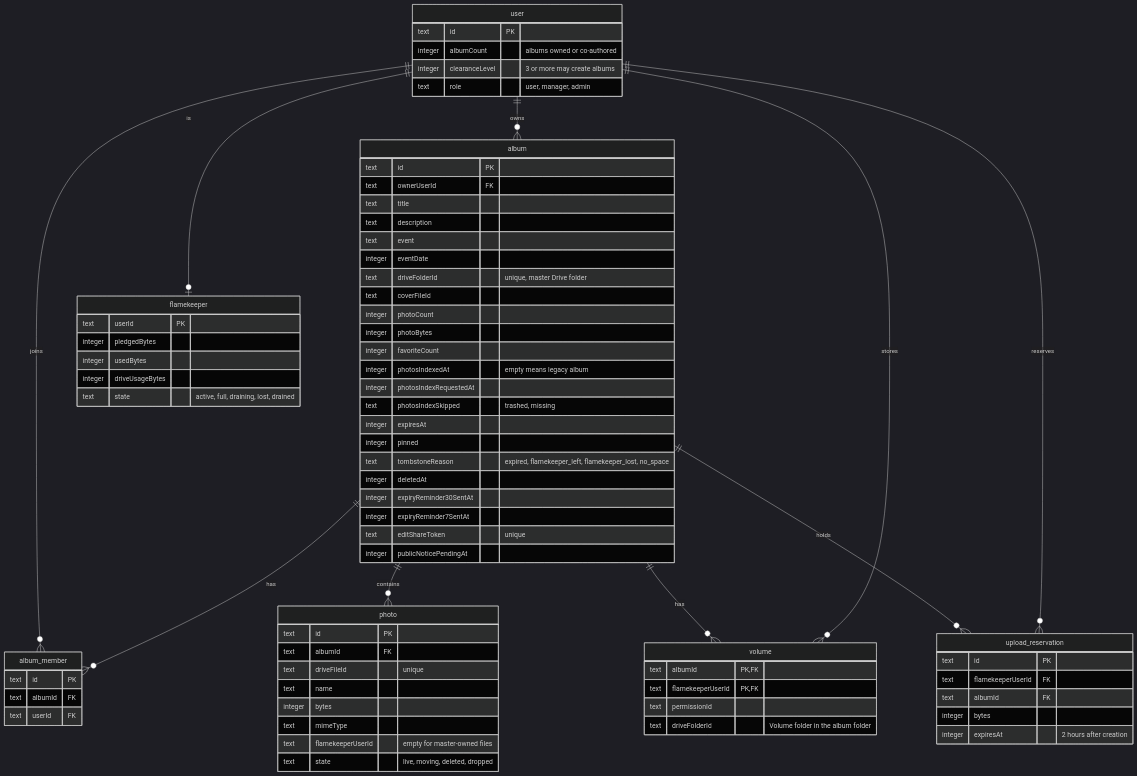
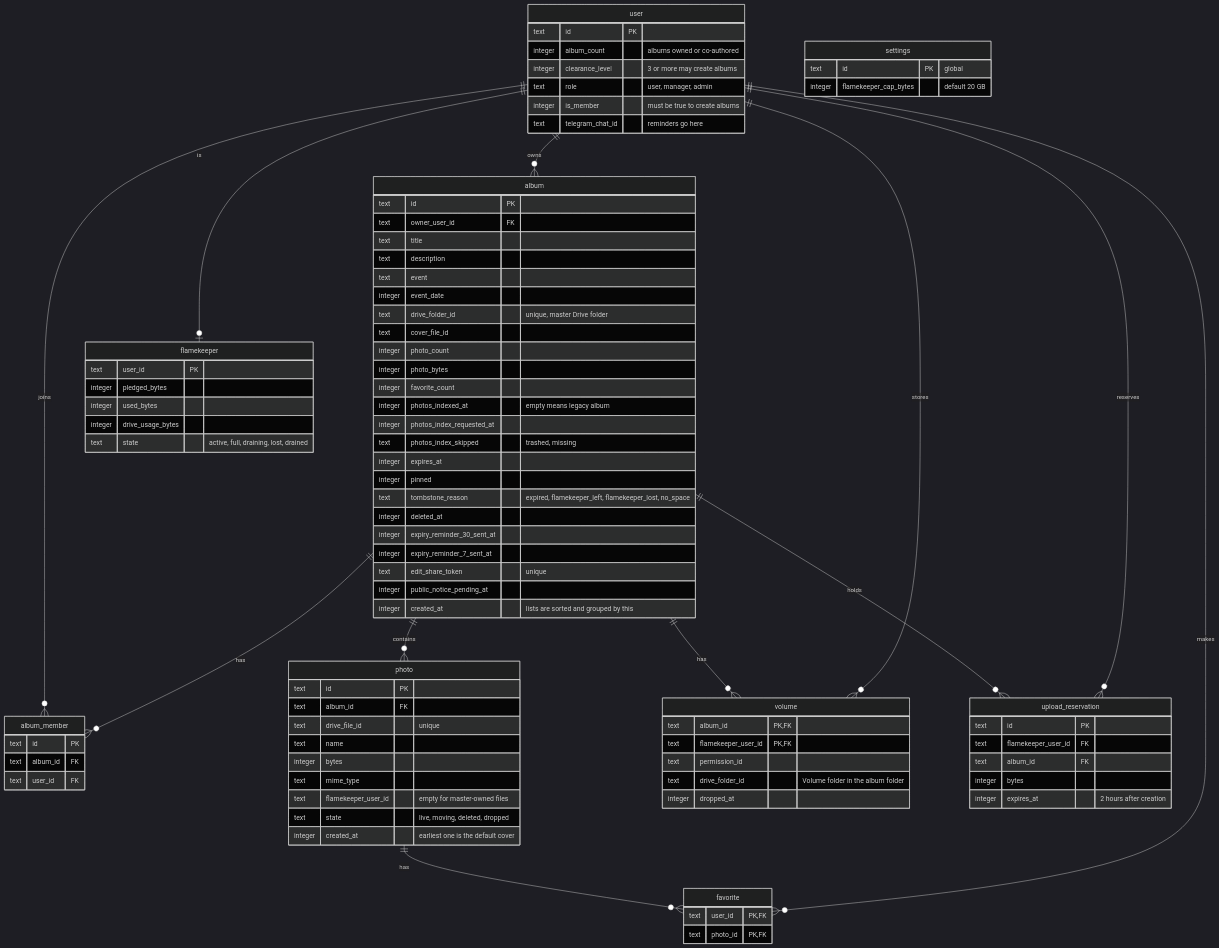
One commit to sagyzdop/meriksirat changed the diagram in docs/scenarios/albums/erd.md. Above: the diagram before and after it, drawn with Mermaid (dark theme). The commit also changed other lines of this file and 17 other files, not shown here.

Commit message:
docs(scenarios): verify albums diagrams against the code

````diff
--- a/docs/scenarios/albums/erd.md
+++ b/docs/scenarios/albums/erd.md
@@ -21,72 +23,87 @@
     album ||--o{ photo : contains
     album ||--o{ volume : has
     album ||--o{ upload_reservation : holds
+    photo ||--o{ favorite : has
+    user ||--o{ favorite : makes
     user ||--o{ volume : stores
     user ||--o{ upload_reservation : reserves
     user ||--o| flamekeeper : is
     user {
         text id PK
-        integer albumCount "albums owned or co-authored"
-        integer clearanceLevel "3 or more may create albums"
+        integer album_count "albums owned or co-authored"
+        integer clearance_level "3 or more may create albums"
         text role "user, manager, admin"
+        integer is_member "must be true to create albums"
+        text telegram_chat_id "reminders go here"
     }
     album {
         text id PK
-        text ownerUserId FK
+        text owner_user_id FK
         text title
         text description
         text event
-        integer eventDate
-        text driveFolderId "unique, master Drive folder"
-        text coverFileId
-        integer photoCount
-        integer photoBytes
-        integer favoriteCount
-        integer photosIndexedAt "empty means legacy album"
-        integer photosIndexRequestedAt
-        text photosIndexSkipped "trashed, missing"
-        integer expiresAt
+        integer event_date
+        text drive_folder_id "unique, master Drive folder"
+        text cover_file_id
+        integer photo_count
+        integer photo_bytes
+        integer favorite_count
+        integer photos_indexed_at "empty means legacy album"
+        integer photos_index_requested_at
+        text photos_index_skipped "trashed, missing"
+        integer expires_at
         integer pinned
-        text tombstoneReason "expired, flamekeeper_left, flamekeeper_lost, no_space"
-        integer deletedAt
-        integer expiryReminder30SentAt
-        integer expiryReminder7SentAt
-        text editShareToken "unique"
-        integer publicNoticePendingAt
+        text tombstone_reason "expired, flamekeeper_left, flamekeeper_lost, no_space"
+        integer deleted_at
+        integer expiry_reminder_30_sent_at
+        integer expiry_reminder_7_sent_at
+        text edit_share_token "unique"
+        integer public_notice_pending_at
+        integer created_at "lists are sorted and grouped by this"
     }
     album_member {
         text id PK
-        text albumId FK
-        text userId FK
+        text album_id FK
+        text user_id FK
     }
     photo {
         text id PK
-        text albumId FK
-        text driveFileId "unique"
+        text album_id FK
+        text drive_file_id "unique"
         text name
         integer bytes
-        text mimeType
-        text flamekeeperUserId "empty for master-owned files"
+        text mime_type
+        text flamekeeper_user_id "empty for master-owned files"
         text state "live, moving, deleted, dropped"
+        integer created_at "earliest one is the default cover"
+    }
+    favorite {
+        text user_id PK, FK
+        text photo_id PK, FK
     }
     volume {
-        text albumId PK, FK
-        text flamekeeperUserId PK, FK
-        text permissionId
-        text driveFolderId "Volume folder in the album folder"
+        text album_id PK, FK
+        text flamekeeper_user_id PK, FK
+        text permission_id
+        text drive_folder_id "Volume folder in the album folder"
+        integer dropped_at
     }
     upload_reservation {
         text id PK
-        text flamekeeperUserId FK
-        text albumId FK
+        text flamekeeper_user_id FK
+        text album_id FK
         integer bytes
-        integer expiresAt "2 hours after creation"
+        integer expires_at "2 hours after creation"
     }
     flamekeeper {
-        text userId PK
-        integer pledgedBytes
-        integer usedBytes
-        integer driveUsageBytes
+        text user_id PK
+        integer pledged_bytes
+        integer used_bytes
+        integer drive_usage_bytes
         text state "active, full, draining, lost, drained"
     }
+    settings {
+        text id PK "global"
+        integer flamekeeper_cap_bytes "default 20 GB"
+    }
 ```
````
